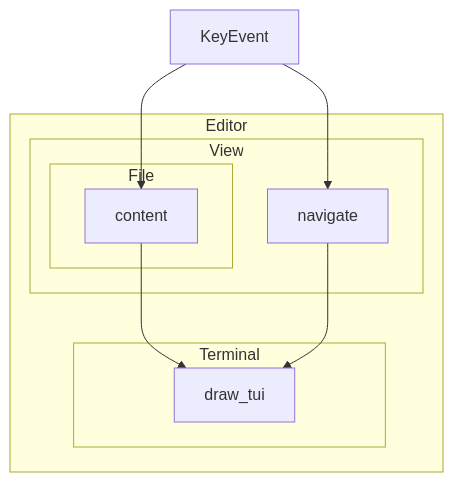
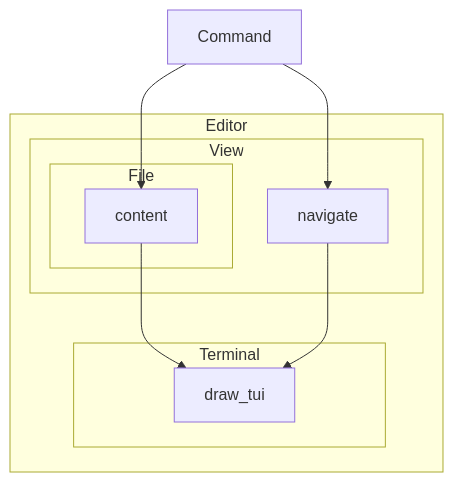
One commit to florentinl/giga changed the second of 2 diagrams in giga/slides.md. Above: the diagram before and after it, drawn with Mermaid. The commit also changed other lines of this file and 2 other files, not shown here.

````diff
--- a/giga/slides.md
+++ b/giga/slides.md
@@ -39,18 +61,18 @@
 ```mermaid
 flowchart
 direction LR
   subgraph Editor
     subgraph View
         subgraph File
             content
         end
         navigate
     end
     subgraph Terminal
         content -->draw_tui
         navigate --> draw_tui
     end
   end
-  KeyEvent --> navigate
-  KeyEvent --> content
+  Command --> navigate
+  Command --> content
 ```
````
